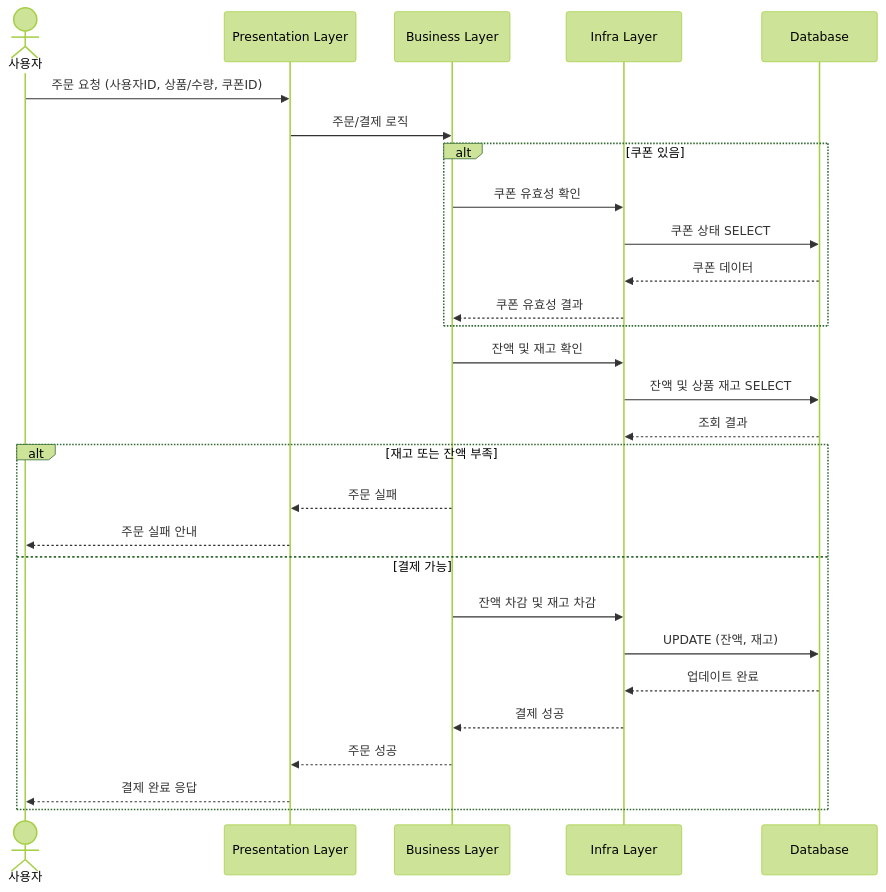
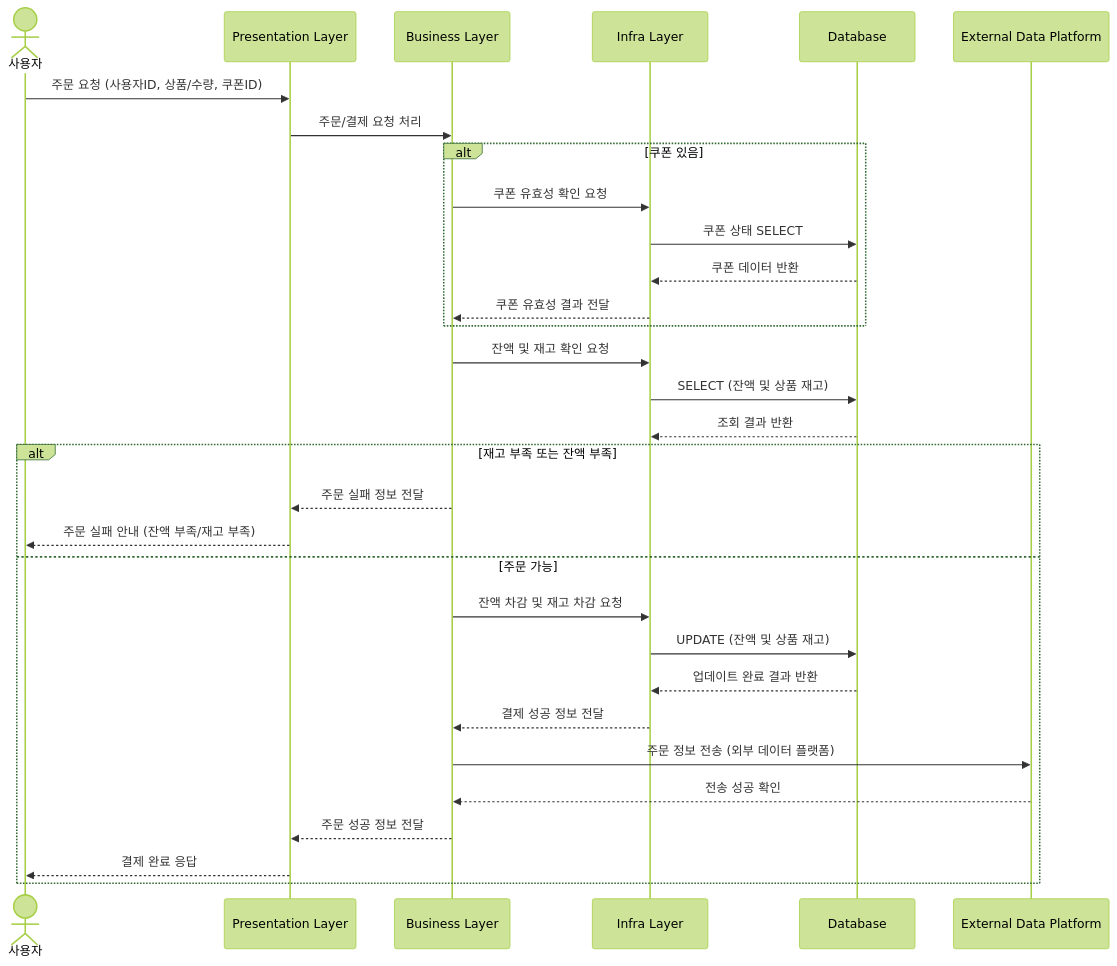
The fourth of 6 diagrams in README.md (dhgudtmxhs/hhplus-ecommerce), drawn with Mermaid (forest theme) before and after one commit. The commit also changed other lines of this file, not shown here.

````diff
--- a/README.md
+++ b/README.md
@@ -113,31 +112,34 @@
 ```mermaid
 sequenceDiagram
 actor U as 사용자
 participant P as Presentation Layer
 participant B as Business Layer
 participant I as Infra Layer
 participant DB as Database
+participant D as External Data Platform
 
 U->>P: 주문 요청 (사용자ID, 상품/수량, 쿠폰ID)
-P->>B: 주문/결제 로직
+P->>B: 주문/결제 요청 처리
 alt 쿠폰 있음
-    B->>I: 쿠폰 유효성 확인
+    B->>I: 쿠폰 유효성 확인 요청
     I->>DB: 쿠폰 상태 SELECT
-    DB-->>I: 쿠폰 데이터
-    I-->>B: 쿠폰 유효성 결과
+    DB-->>I: 쿠폰 데이터 반환
+    I-->>B: 쿠폰 유효성 결과 전달
 end
-B->>I: 잔액 및 재고 확인
-I->>DB: 잔액 및 상품 재고 SELECT
-DB-->>I: 조회 결과
-alt 재고 또는 잔액 부족
-    B-->>P: 주문 실패
-    P-->>U: 주문 실패 안내
-else 결제 가능
-    B->>I: 잔액 차감 및 재고 차감
-    I->>DB: UPDATE (잔액, 재고)
-    DB-->>I: 업데이트 완료
-    I-->>B: 결제 성공
-    B-->>P: 주문 성공
+B->>I: 잔액 및 재고 확인 요청
+I->>DB: SELECT (잔액 및 상품 재고)
+DB-->>I: 조회 결과 반환
+alt 재고 부족 또는 잔액 부족
+    B-->>P: 주문 실패 정보 전달
+    P-->>U: 주문 실패 안내 (잔액 부족/재고 부족)
+else 주문 가능
+    B->>I: 잔액 차감 및 재고 차감 요청
+    I->>DB: UPDATE (잔액 및 상품 재고)
+    DB-->>I: 업데이트 완료 결과 반환
+    I-->>B: 결제 성공 정보 전달
+    B->>D: 주문 정보 전송 (외부 데이터 플랫폼)
+    D-->>B: 전송 성공 확인
+    B-->>P: 주문 성공 정보 전달
     P-->>U: 결제 완료 응답
 end
 ```
````
